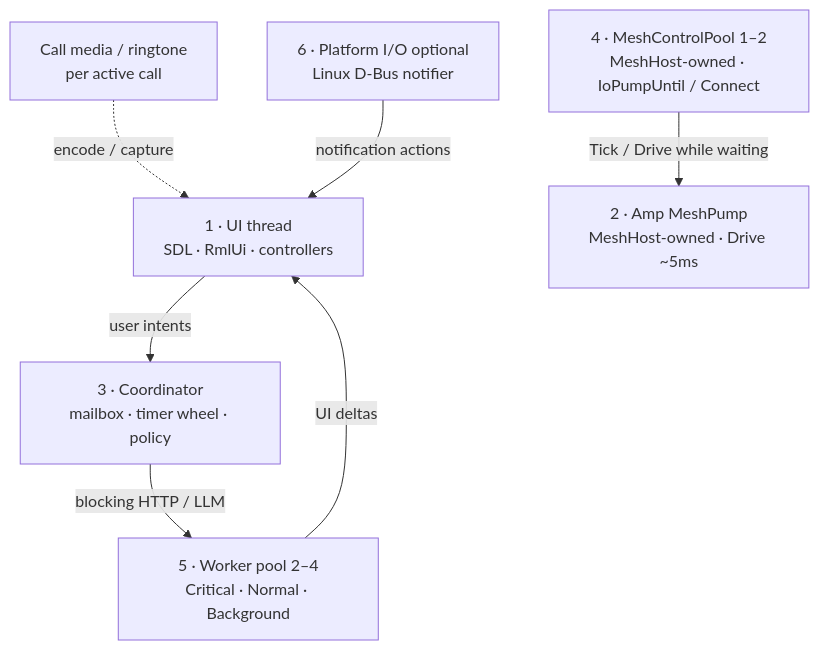
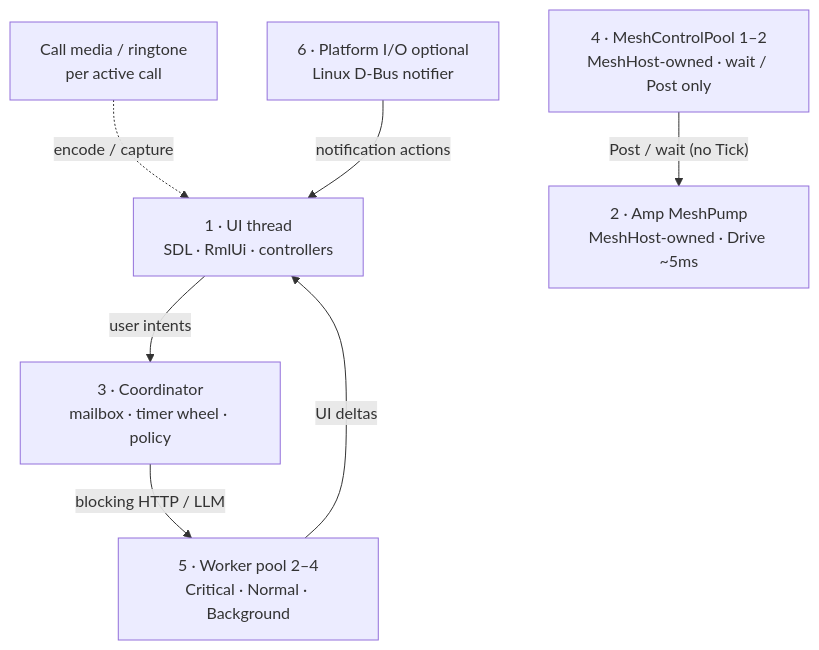
Before and after one commit to people-post/pp-browser: the diagram in docs/architecture/THREADING.md, drawn with Mermaid. The commit also changed other lines of this file and 9 other files, not shown here.

First line of the commit message:
fix(mesh): exclusive Amp Drive; punch settles via PostDeferred

````diff
--- a/docs/architecture/THREADING.md
+++ b/docs/architecture/THREADING.md
@@ -27,17 +27,17 @@
 ```mermaid
 flowchart TB
   UI["1 · UI thread<br/>SDL · RmlUi · controllers"]
   Pump["2 · Amp MeshPump<br/>MeshHost-owned · Drive ~5ms"]
   Coord["3 · Coordinator<br/>mailbox · timer wheel · policy"]
-  Ctrl["4 · MeshControlPool 1–2<br/>MeshHost-owned · IoPumpUntil / Connect"]
+  Ctrl["4 · MeshControlPool 1–2<br/>MeshHost-owned · wait / Post only"]
   Pool["5 · Worker pool 2–4<br/>Critical · Normal · Background"]
   Plat["6 · Platform I/O optional<br/>Linux D-Bus notifier"]
   Media["Call media / ringtone<br/>per active call"]
 
   UI -->|"user intents"| Coord
   Coord -->|"blocking HTTP / LLM"| Pool
-  Ctrl -->|"Tick / Drive while waiting"| Pump
+  Ctrl -->|"Post / wait (no Tick)"| Pump
   Pool -->|"UI deltas"| UI
   Media -.->|"encode / capture"| UI
   Plat -->|"notification actions"| UI
 ```
````
